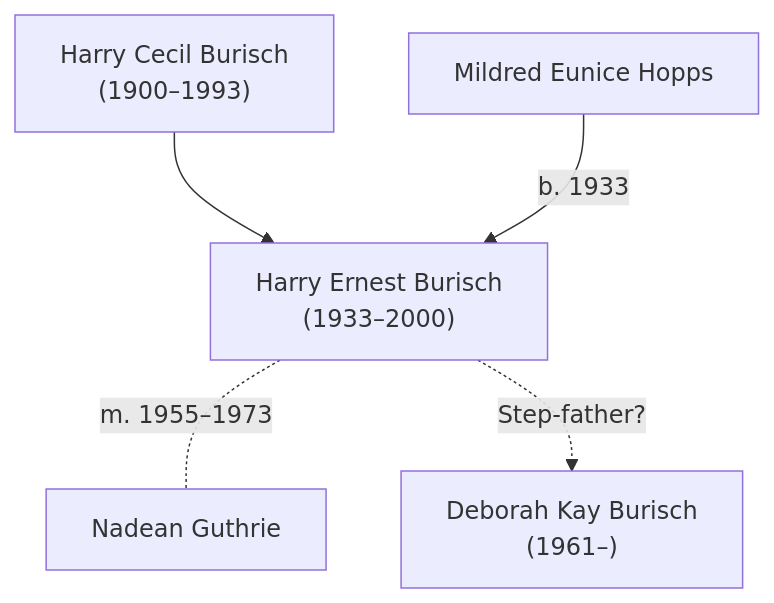
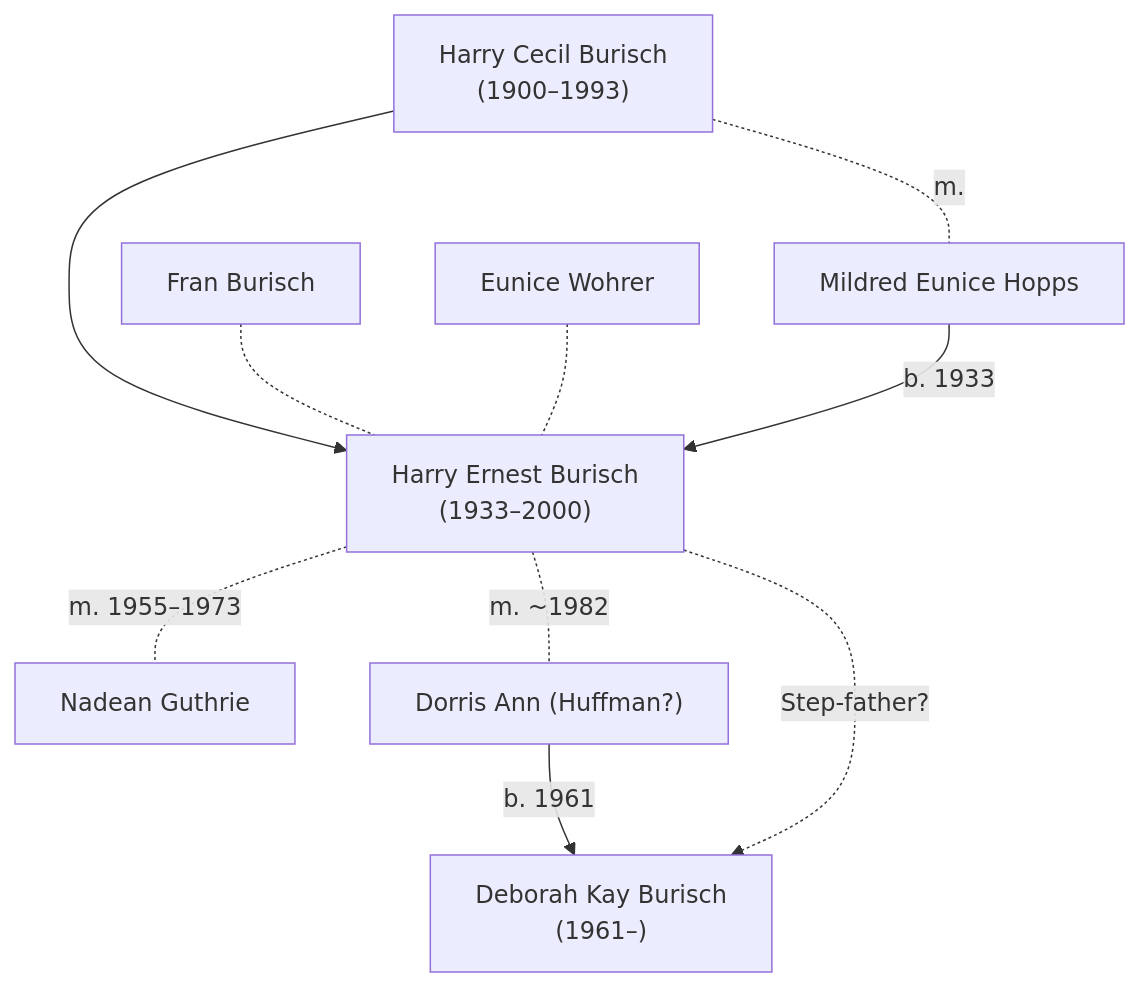
Before and after one commit to Black-Star-Institute/blackstar.github.io: the second of 2 diagrams in docs/people/burisch_harry.md, drawn with Mermaid. The commit also changed other lines of this file and 5 other files, not shown here.

Commit message:
Harry Burisch obituary

````diff
--- a/docs/people/burisch_harry.md
+++ b/docs/people/burisch_harry.md
@@ -59,9 +70,14 @@
 ```mermaid
 graph TD;
   harryc["Harry Cecil Burisch\n(1900&ndash;1993)"] --> harry
+  fran[Fran Burisch] -.- harry
+  harryc -. "m." -.- mildred
+  eunice["Eunice Wohrer"] -.- harry
   mildred[Mildred Eunice Hopps] -- b. 1933 --> harry
   harry["Harry Ernest Burisch\n(1933&ndash;2000)"]
   harry -. "m. 1955&ndash;1973" -.-  nadine[Nadean Guthrie]
+  harry -. "m. ~1982" -.- dorris["Dorris Ann (Huffman?)"]
+  dorris -- "b. 1961" --> debbie
   harry -. "Step-father?" .-> debbie["Deborah Kay Burisch\n(1961&ndash;)"]
 
 ```
````
